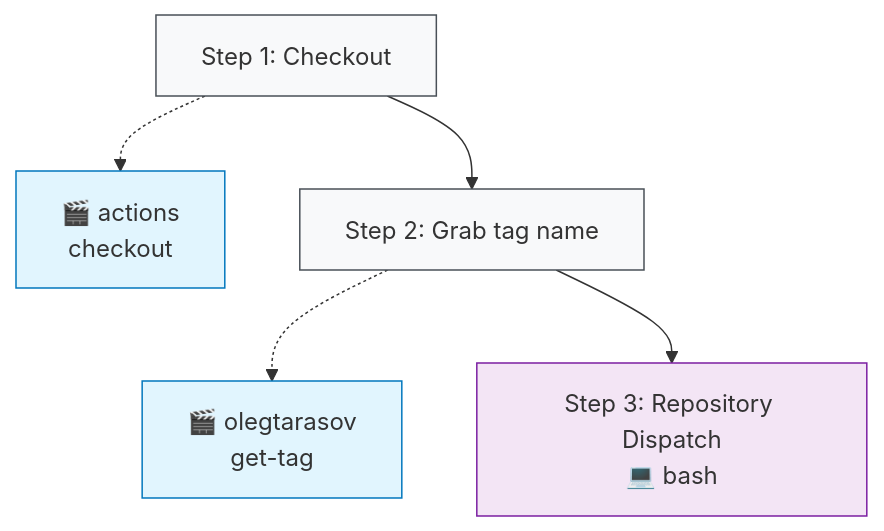
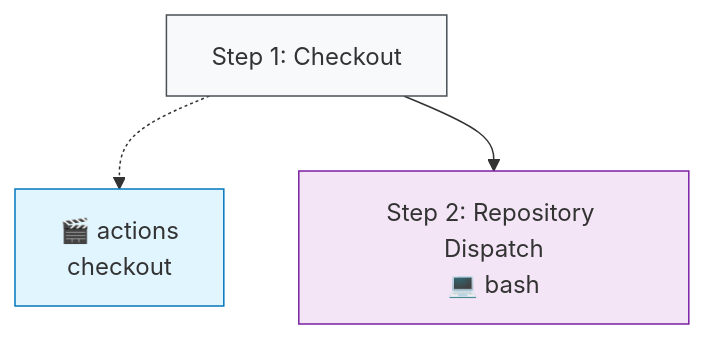
Before and after one commit to http4k/http4k: the third of 3 diagrams in .github/typeflows/broadcast-release/README.md, drawn with Mermaid. The commit also changed 6 other files, not shown here.

````diff
--- a/.github/typeflows/broadcast-release/README.md
+++ b/.github/typeflows/broadcast-release/README.md
@@ -63,18 +63,12 @@
 ```mermaid
 %%{init: {"flowchart": {"curve": "basis"}}}%%
 flowchart TD
     step1["Step 1: Checkout"]
     style step1 fill:#f8f9fa,stroke:#495057
     action1["🎬 actions<br/>checkout"]
     style action1 fill:#e1f5fe,stroke:#0277bd
     step1 -.-> action1
-    step2["Step 2: Grab tag name"]
-    style step2 fill:#f8f9fa,stroke:#495057
-    action2["🎬 olegtarasov<br/>get-tag"]
-    style action2 fill:#e1f5fe,stroke:#0277bd
-    step2 -.-> action2
+    step2["Step 2: Repository Dispatch<br/>💻 bash"]
+    style step2 fill:#f3e5f5,stroke:#7b1fa2
     step1 --> step2
-    step3["Step 3: Repository Dispatch<br/>💻 bash"]
-    style step3 fill:#f3e5f5,stroke:#7b1fa2
-    step2 --> step3
 ```
````
